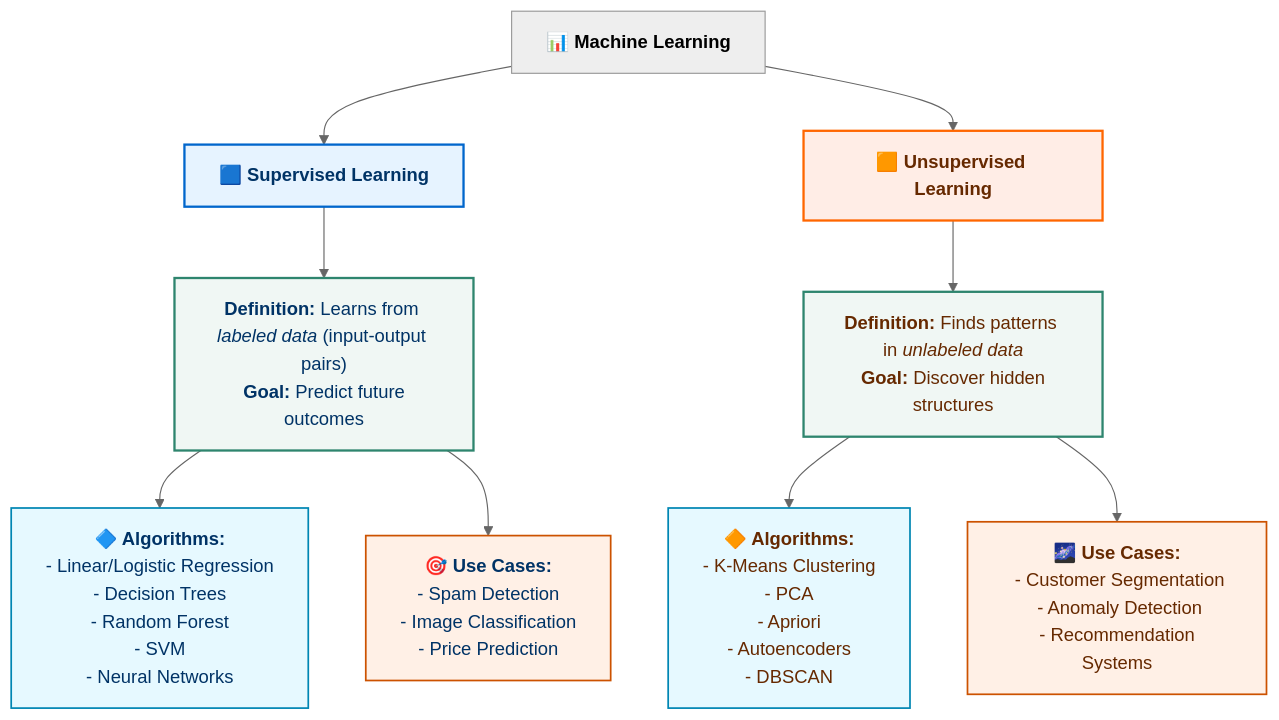
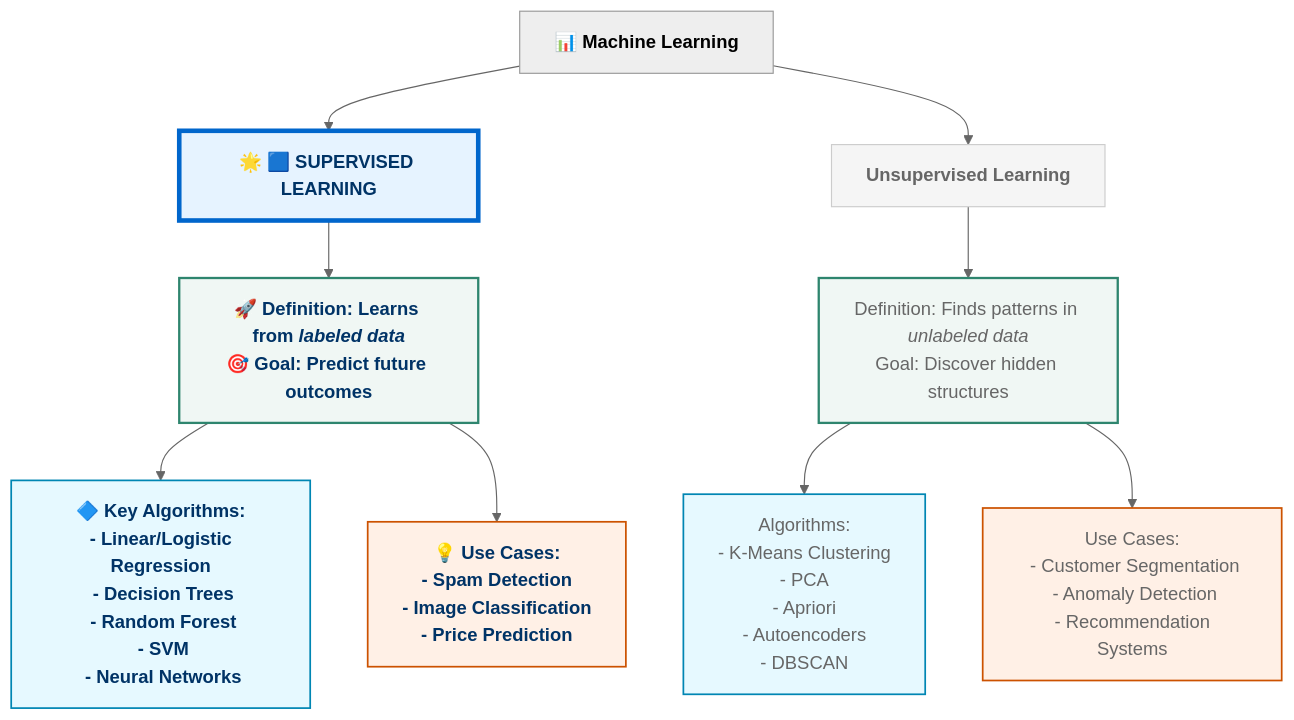
Before and after one commit to GabooMZ/ML-Specialization: the diagram in README.md, drawn with Mermaid (neutral theme).

Commit message:
Changed the mermaid diagram in README.md with better visuals

````diff
--- a/README.md
+++ b/README.md
@@ -10,28 +10,28 @@
 ```mermaid
 graph TD
-    A[<b>📊 Machine Learning</b>] --> B[<b>🟦 Supervised Learning</b>]
-    A --> C[<b>🟧 Unsupervised Learning</b>]
+    A[<b>📊 Machine Learning</b>] --> B[<b>🌟 🟦 SUPERVISED LEARNING</b>]
+    A --> C[<b>Unsupervised Learning</b>]
 
-    %% Supervised Learning Branch
-    B --> D["<b>Definition:</b> Learns from <i>labeled data</i> (input-output pairs)<br> <b>Goal:</b> Predict future outcomes"]
-    D --> E["<b>🔷 Algorithms:</b><br> - Linear/Logistic Regression<br> - Decision Trees<br> - Random Forest<br> - SVM<br> - Neural Networks"]
-    D --> F["<b>🎯 Use Cases:</b><br> - Spam Detection<br> - Image Classification<br> - Price Prediction"]
+    %% Supervised Learning Branch (Highlighted)
+    B --> D["<b>🚀 Definition:</b> Learns from <i>labeled data</i><br><b>🎯 Goal:</b> Predict future outcomes"]
+    D --> E["<b>🔷 Key Algorithms:</b><br> - <b>Linear/Logistic Regression</b><br> - <b>Decision Trees</b><br> - <b>Random Forest</b><br> - <b>SVM</b><br> - <b>Neural Networks</b>"]
+    D --> F["<b>💡 Use Cases:</b><br> - <b>Spam Detection</b><br> - <b>Image Classification</b><br> - <b>Price Prediction</b>"]
 
-    %% Unsupervised Learning Branch
-    C --> G["<b>Definition:</b> Finds patterns in <i>unlabeled data</i><br> <b>Goal:</b> Discover hidden structures"]
-    G --> H["<b>🔶 Algorithms:</b><br> - K-Means Clustering<br> - PCA<br> - Apriori<br> - Autoencoders<br> - DBSCAN"]
-    G --> I["<b>🌌 Use Cases:</b><br> - Customer Segmentation<br> - Anomaly Detection<br> - Recommendation Systems"]
+    %% Unsupervised Learning Branch (Subdued)
+    C --> G["Definition: Finds patterns in <i>unlabeled data</i><br>Goal: Discover hidden structures"]
+    G --> H["Algorithms:<br> - K-Means Clustering<br> - PCA<br> - Apriori<br> - Autoencoders<br> - DBSCAN"]
+    G --> I["Use Cases:<br> - Customer Segmentation<br> - Anomaly Detection<br> - Recommendation Systems"]
 
     %% Styling
-    classDef supervised fill:#e6f3ff,stroke:#0066cc,stroke-width:2px,color:#003366
-    classDef unsupervised fill:#ffede6,stroke:#ff6600,stroke-width:2px,color:#662900
+    classDef highlight fill:#e6f3ff,stroke:#0066cc,stroke-width:4px,color:#003366,font-weight:bold
+    classDef subdued fill:#f5f5f5,stroke:#cccccc,stroke-width:1px,color:#666666
     classDef def fill:#f0f7f4,stroke:#2e856e,stroke-width:2px
     classDef algo fill:#e6f9ff,stroke:#0086b3,stroke-width:1.5px
     classDef usecase fill:#fff0e6,stroke:#cc5200,stroke-width:1.5px
 
-    class B,D,E,F supervised
-    class C,G,H,I unsupervised
+    class B,D,E,F highlight
+    class C,G,H,I subdued
     class D,G def
     class E,H algo
     class F,I usecase
 ```
````
